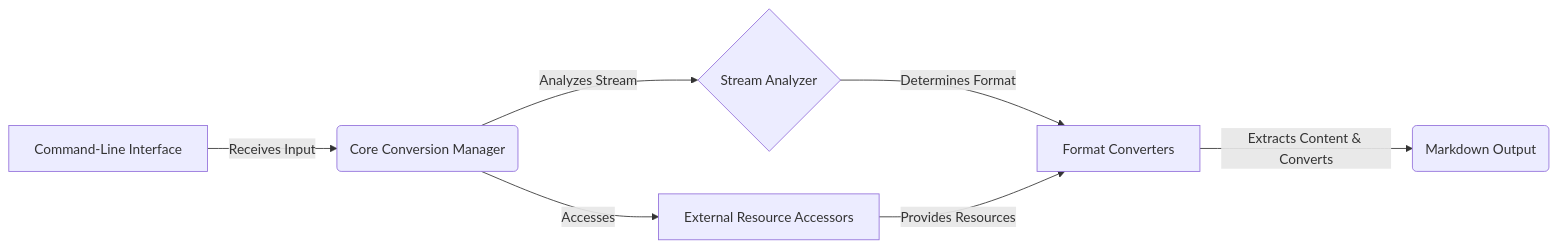
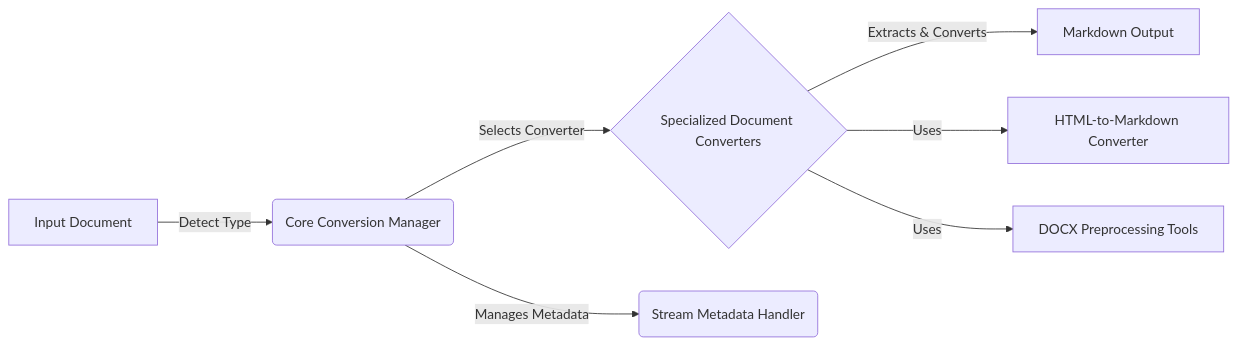
One commit to CodeBoarding/GeneratedOnBoardings changed the diagram in markitdown/on_boarding.md. Above: the diagram before and after it, drawn with Mermaid. The commit also changed other lines of this file and 10 other files, not shown here.

````diff
--- a/markitdown/on_boarding.md
+++ b/markitdown/on_boarding.md
@@ -5,16 +5,18 @@
 ```mermaid
 graph LR
-    A[Command-Line Interface] -- Receives Input --> B(Core Conversion Manager)
-    B -- Analyzes Stream --> C{Stream Analyzer}
-    C -- Determines Format --> D[Format Converters]
-    D -- Extracts Content & Converts --> E(Markdown Output)
-    B -- Accesses --> F[External Resource Accessors]
-    F -- Provides Resources --> D
+    A[Input Document] -- Detect Type --> B(Core Conversion Manager)
+    B -- Selects Converter --> C{Specialized Document Converters}
+    C -- Extracts & Converts --> D[Markdown Output]
+    B -- Manages Metadata --> E(Stream Metadata Handler)
+    C -- Uses --> F[HTML-to-Markdown Converter]
+    C -- Uses --> G[DOCX Preprocessing Tools]
 
-click A href "https://github.com/CodeBoarding/GeneratedOnBoardings/blob/main/markitdown//Command-Line%20Interface.md"
+click A href "https://github.com/CodeBoarding/GeneratedOnBoardings/blob/main/markitdown//README.md"
 click B href "https://github.com/CodeBoarding/GeneratedOnBoardings/blob/main/markitdown//Core%20Conversion%20Manager.md"
-click C href "https://github.com/CodeBoarding/GeneratedOnBoardings/blob/main/markitdown//Stream%20Analyzer.md"
-click D href "https://github.com/CodeBoarding/GeneratedOnBoardings/blob/main/markitdown//Format%20Converters.md"
-click E href "https://github.com/CodeBoarding/GeneratedOnBoardings/blob/main/markitdown//Markdown%20Output.md"
-click F href "https://github.com/CodeBoarding/GeneratedOnBoardings/blob/main/markitdown//External%20Resource%20Accessors.md"
+click C href "https://github.com/CodeBoarding/GeneratedOnBoardings/blob/main/markitdown//Specialized%20Document%20Converters.md"
+click D href "https://github.com/CodeBoarding/GeneratedOnBoardings/blob/main/markitdown//README.md"
+click E href "https://github.com/CodeBoarding/GeneratedOnBoardings/blob/main/markitdown//Stream%20Metadata%20Handler.md"
+click F href "https://github.com/CodeBoarding/GeneratedOnBoardings/blob/main/markitdown//HTML-to-Markdown%20Converter.md"
+click G href "https://github.com/CodeBoarding/GeneratedOnBoardings/blob/main/markitdown//DOCX%20Preprocessing%20Tools.md"
+
 ```
````
